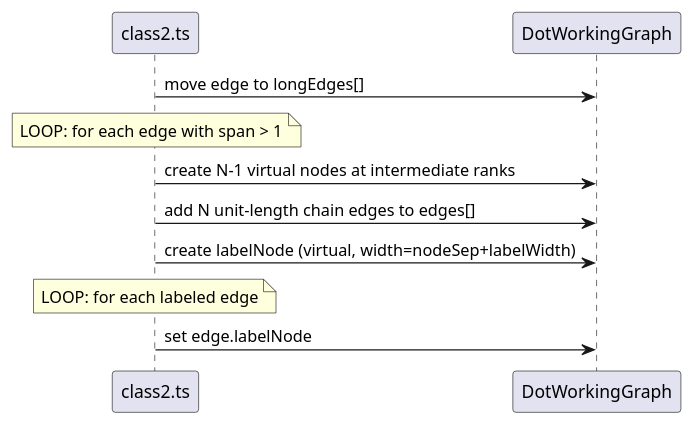
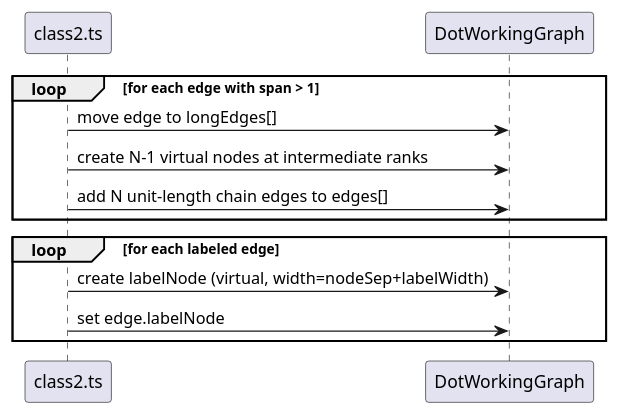
One commit to knowvah/plantuml-ts changed the second of 2 diagrams in plans/dot-pipeline/diagrams/data-flow.md. Above: the diagram before and after it, drawn with PlantUML. The commit also changed 13 other files, not shown here.

First line of the commit message:
docs: restore real alt/else/loop grouping in the converted diagrams

````diff
--- a/plans/dot-pipeline/diagrams/data-flow.md
+++ b/plans/dot-pipeline/diagrams/data-flow.md
@@ -43,16 +43,15 @@
 ```plantuml
 @startuml
-' NOTE: mermaid grouping flattened -- alt/opt/loop/group render the whole
-' diagram EMPTY in plantuml-ts today (.agent-notes/plantuml-sequence-group-empty.md).
-' Original nesting: loop for each edge with span > 1 ; loop for each labeled edge
 participant "class2.ts" as C2
 participant "DotWorkingGraph" as G
-C2 -> G : move edge to longEdges[]
-note over C2 : LOOP: for each edge with span > 1
-C2 -> G : create N-1 virtual nodes at intermediate ranks
-C2 -> G : add N unit-length chain edges to edges[]
-C2 -> G : create labelNode (virtual, width=nodeSep+labelWidth)
-note over C2 : LOOP: for each labeled edge
-C2 -> G : set edge.labelNode
+loop for each edge with span > 1
+  C2 -> G : move edge to longEdges[]
+  C2 -> G : create N-1 virtual nodes at intermediate ranks
+  C2 -> G : add N unit-length chain edges to edges[]
+end
+loop for each labeled edge
+  C2 -> G : create labelNode (virtual, width=nodeSep+labelWidth)
+  C2 -> G : set edge.labelNode
+end
 @enduml
 ```
````
